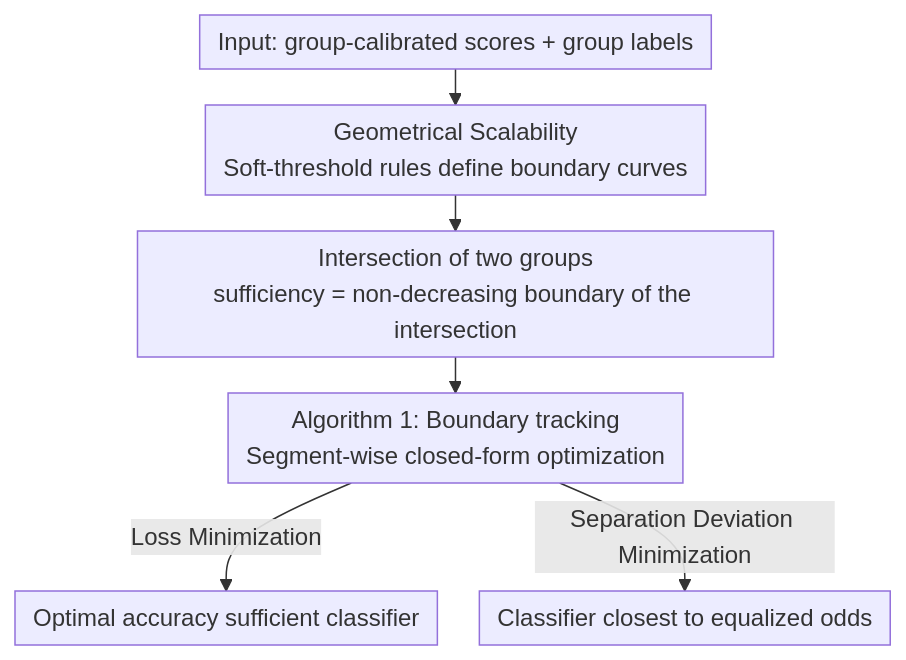
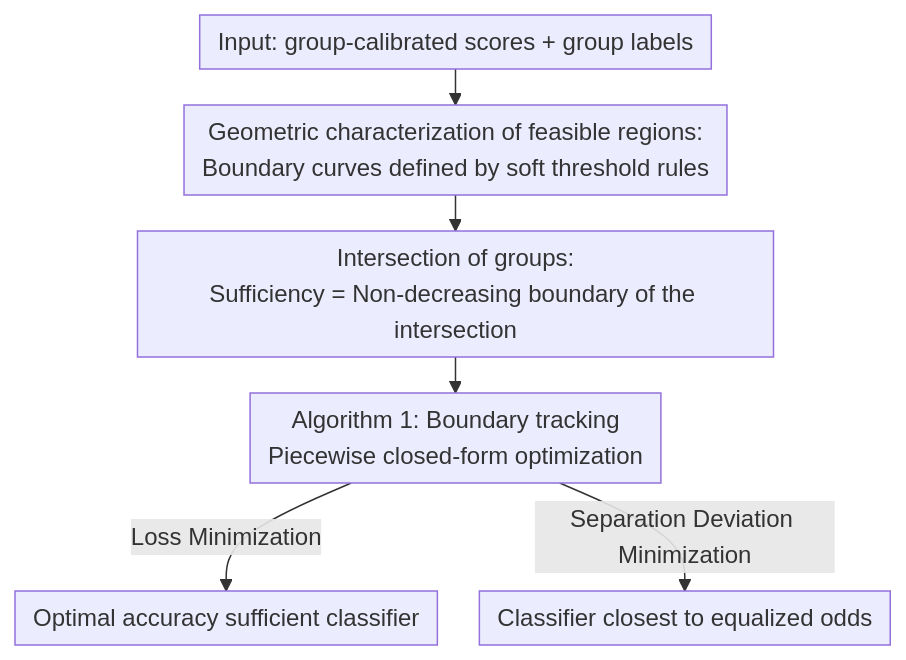
The diagram in docs/ICML2026/ai_safety/fair_decisions_from_calibrated_scores_achieving_optimal_classification_while_sat.md (zhaoyang97/Paper-Notes-en), drawn with Mermaid before and after one commit. The commit also changed other lines of this file and 5084 other files, not shown here.

````diff
--- a/docs/ICML2026/ai_safety/fair_decisions_from_calibrated_scores_achieving_optimal_classification_while_sat.md
+++ b/docs/ICML2026/ai_safety/fair_decisions_from_calibrated_scores_achieving_optimal_classification_while_sat.md
@@ -45,9 +45,9 @@
 ```mermaid
 %%{init: {'flowchart': {'rankSpacing': 24, 'nodeSpacing': 28, 'padding': 6, 'wrappingWidth': 400}}}%%
 flowchart TD
-    A["Input: group-calibrated scores + group labels"] --> B["Geometrical Scalability<br/>Soft-threshold rules define boundary curves"]
-    B --> C["Intersection of two groups<br/>sufficiency = non-decreasing boundary of the intersection"]
-    C --> D["Algorithm 1: Boundary tracking<br/>Segment-wise closed-form optimization"]
+    A["Input: group-calibrated scores + group labels"] --> B["Geometric characterization of feasible regions:<br/>Boundary curves defined by soft threshold rules"]
+    B --> C["Intersection of groups:<br/>Sufficiency = Non-decreasing boundary of the intersection"]
+    C --> D["Algorithm 1: Boundary tracking<br/>Piecewise closed-form optimization"]
     D -->|Loss Minimization| E["Optimal accuracy sufficient classifier"]
     D -->|Separation Deviation Minimization| F["Classifier closest to equalized odds"]
 ```
````
